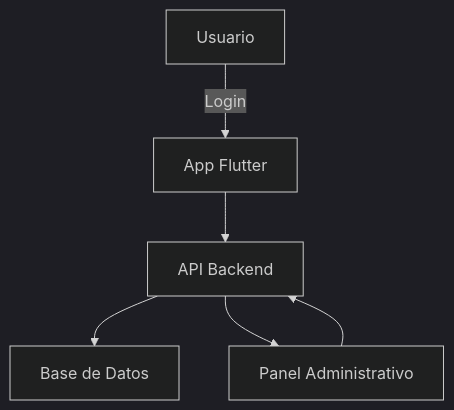
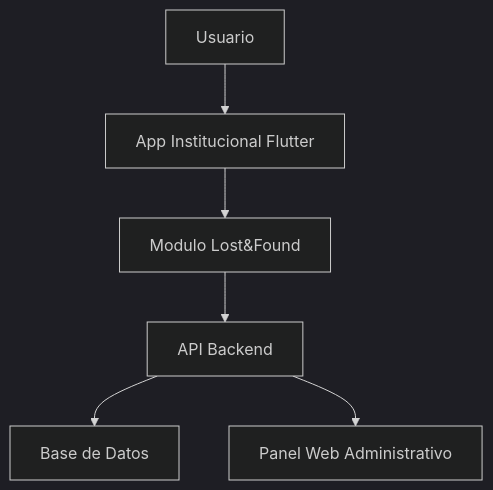
One commit to MatizS27/mobile-app-project changed the first of 2 diagrams in samuel/README.md. Above: the diagram before and after it, drawn with Mermaid (dark theme). The commit also changed other lines of this file, not shown here.

````diff
--- a/samuel/README.md
+++ b/samuel/README.md
@@ -43,8 +91,8 @@
 ``` mermaid
 graph TD
-    A[Usuario] -->|Login| B[App Flutter]
-    B --> C[API Backend]
-    C --> D[Base de Datos]
-    C --> E[Panel Administrativo]
-    E --> C
+    U[Usuario] --> A[App Institucional Flutter]
+    A --> M[Modulo Lost&Found]
+    M --> B[API Backend]
+    B --> DB[Base de Datos]
+    B --> P[Panel Web Administrativo]
 ```
````
